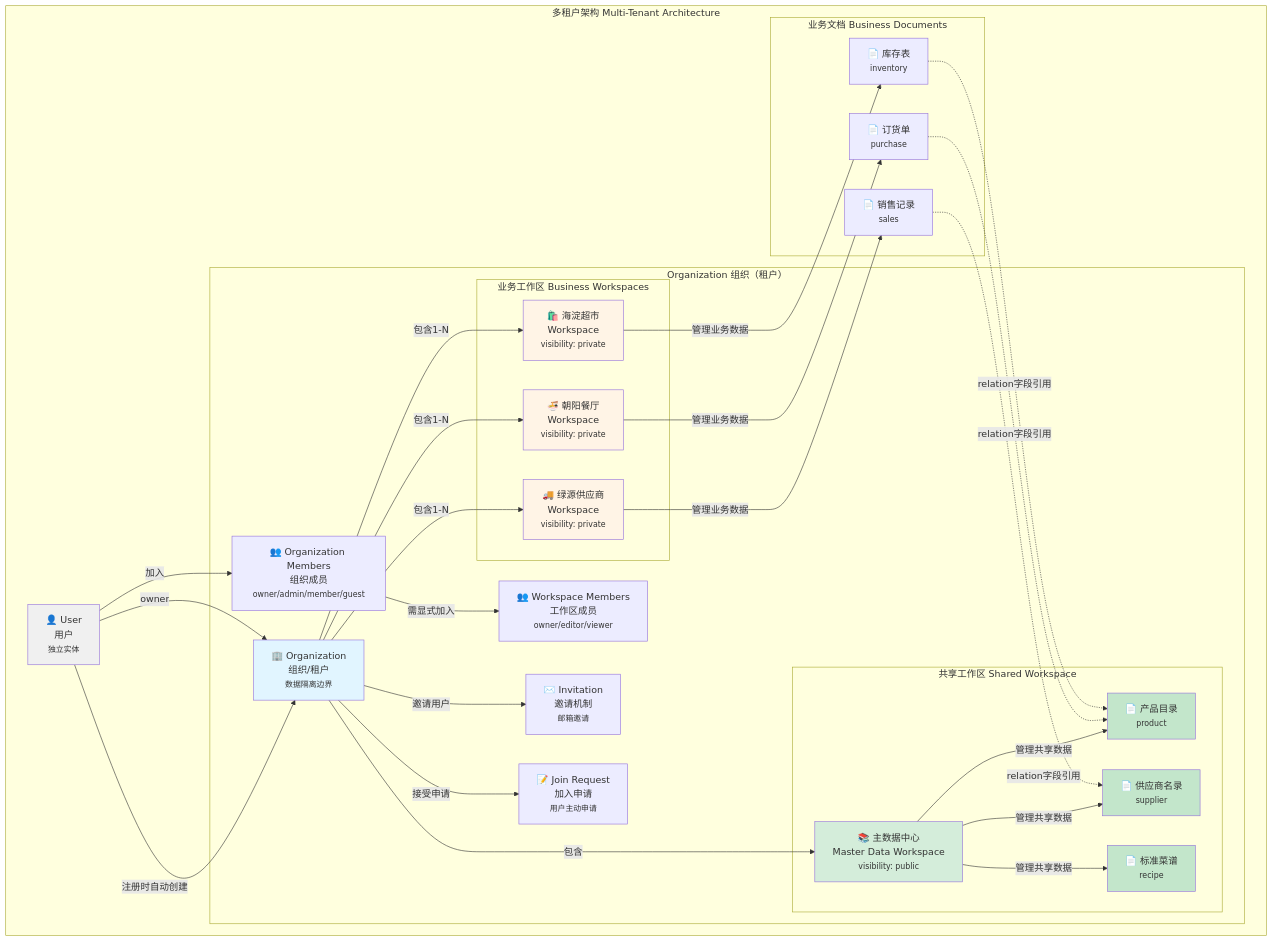
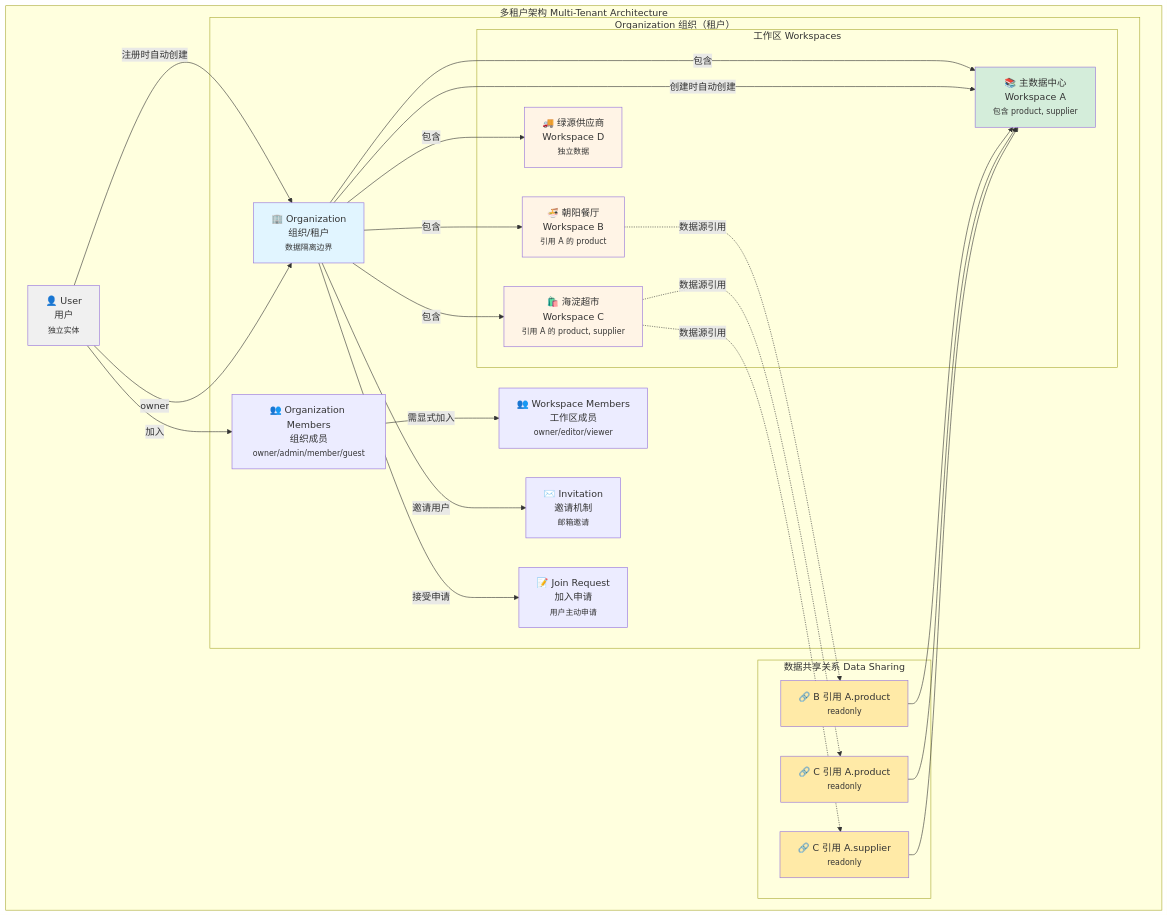
The second of 7 diagrams in docs-src/guides/architecture.md (apexroc/nexusbook-api), drawn with Mermaid before and after one commit. The commit also changed other lines of this file and 2 other files, not shown here.

First line of the commit message:
feat(tenant): 完善 workspace 数据源引用机制和架构文档

````diff
--- a/docs-src/guides/architecture.md
+++ b/docs-src/guides/architecture.md
@@ -82,71 +82,62 @@
 ```mermaid
 graph TB
     subgraph "多租户架构 Multi-Tenant Architecture"
         User["👤 User<br/>用户<br/><small>独立实体</small>"]
         
         subgraph "Organization 组织（租户）"
             Org["🏢 Organization<br/>组织/租户<br/><small>数据隔离边界</small>"]
             OrgMember["👥 Organization Members<br/>组织成员<br/><small>owner/admin/member/guest</small>"]
             
-            subgraph "共享工作区 Shared Workspace"
-                MasterWS["📚 主数据中心<br/>Master Data Workspace<br/><small>visibility: public</small>"]
-                MasterDoc1["📄 产品目录<br/><small>product</small>"]
-                MasterDoc2["📄 供应商名录<br/><small>supplier</small>"]
-                MasterDoc3["📄 标准菜谱<br/><small>recipe</small>"]
-            end
-            
-            subgraph "业务工作区 Business Workspaces"
-                WS1["🍜 朝阳餐厅<br/>Workspace<br/><small>visibility: private</small>"]
-                WS2["🛍️ 海淀超市<br/>Workspace<br/><small>visibility: private</small>"]
-                WS3["🚚 绿源供应商<br/>Workspace<br/><small>visibility: private</small>"]
+            subgraph "工作区 Workspaces"
+                WS1["📚 主数据中心<br/>Workspace A<br/><small>包含 product, supplier</small>"]
+                WS2["🍜 朝阳餐厅<br/>Workspace B<br/><small>引用 A 的 product</small>"]
+                WS3["🛍️ 海淀超市<br/>Workspace C<br/><small>引用 A 的 product, supplier</small>"]
+                WS4["🚚 绿源供应商<br/>Workspace D<br/><small>独立数据</small>"]
             end
             
             WSMember["👥 Workspace Members<br/>工作区成员<br/><small>owner/editor/viewer</small>"]
             
             Invite["✉️ Invitation<br/>邀请机制<br/><small>邮箱邀请</small>"]
             JoinReq["📝 Join Request<br/>加入申请<br/><small>用户主动申请</small>"]
         end
         
-        subgraph "业务文档 Business Documents"
-            Doc1["📄 订货单<br/><small>purchase</small>"]
-            Doc2["📄 库存表<br/><small>inventory</small>"]
-            Doc3["📄 销售记录<br/><small>sales</small>"]
+        subgraph "数据共享关系 Data Sharing"
+            Ref1["🔗 B 引用 A.product<br/><small>readonly</small>"]
+            Ref2["🔗 C 引用 A.product<br/><small>readonly</small>"]
+            Ref3["🔗 C 引用 A.supplier<br/><small>readonly</small>"]
         end
     end
     
     User -->|注册时自动创建| Org
     User -->|owner| Org
     User -->|加入| OrgMember
     
-    Org -->|包含| MasterWS
-    Org -->|包含1-N| WS1
-    Org -->|包含1-N| WS2
-    Org -->|包含1-N| WS3
-    
-    MasterWS -->|管理共享数据| MasterDoc1
-    MasterWS -->|管理共享数据| MasterDoc2
-    MasterWS -->|管理共享数据| MasterDoc3
+    Org -->|包含| WS1
+    Org -->|包含| WS2
+    Org -->|包含| WS3
+    Org -->|包含| WS4
+    Org -->|创建时自动创建| WS1
     
     OrgMember -->|需显式加入| WSMember
     
     Org -->|邀请用户| Invite
     Org -->|接受申请| JoinReq
     
-    WS1 -->|管理业务数据| Doc1
-    WS2 -->|管理业务数据| Doc2
-    WS3 -->|管理业务数据| Doc3
+    WS2 -.->|数据源引用| Ref1
+    WS3 -.->|数据源引用| Ref2
+    WS3 -.->|数据源引用| Ref3
     
-    Doc1 -.->|relation字段引用| MasterDoc1
-    Doc2 -.->|relation字段引用| MasterDoc1
-    Doc3 -.->|relation字段引用| MasterDoc2
+    Ref1 --> WS1
+    Ref2 --> WS1
+    Ref3 --> WS1
     
     style Org fill:#e1f5ff
-    style MasterWS fill:#d4edda
-    style WS1 fill:#fff4e6
+    style WS1 fill:#d4edda
     style WS2 fill:#fff4e6
     style WS3 fill:#fff4e6
+    style WS4 fill:#fff4e6
     style User fill:#f0f0f0
-    style MasterDoc1 fill:#c3e6cb
-    style MasterDoc2 fill:#c3e6cb
-    style MasterDoc3 fill:#c3e6cb
+    style Ref1 fill:#ffeaa7
+    style Ref2 fill:#ffeaa7
+    style Ref3 fill:#ffeaa7
 ```
````
